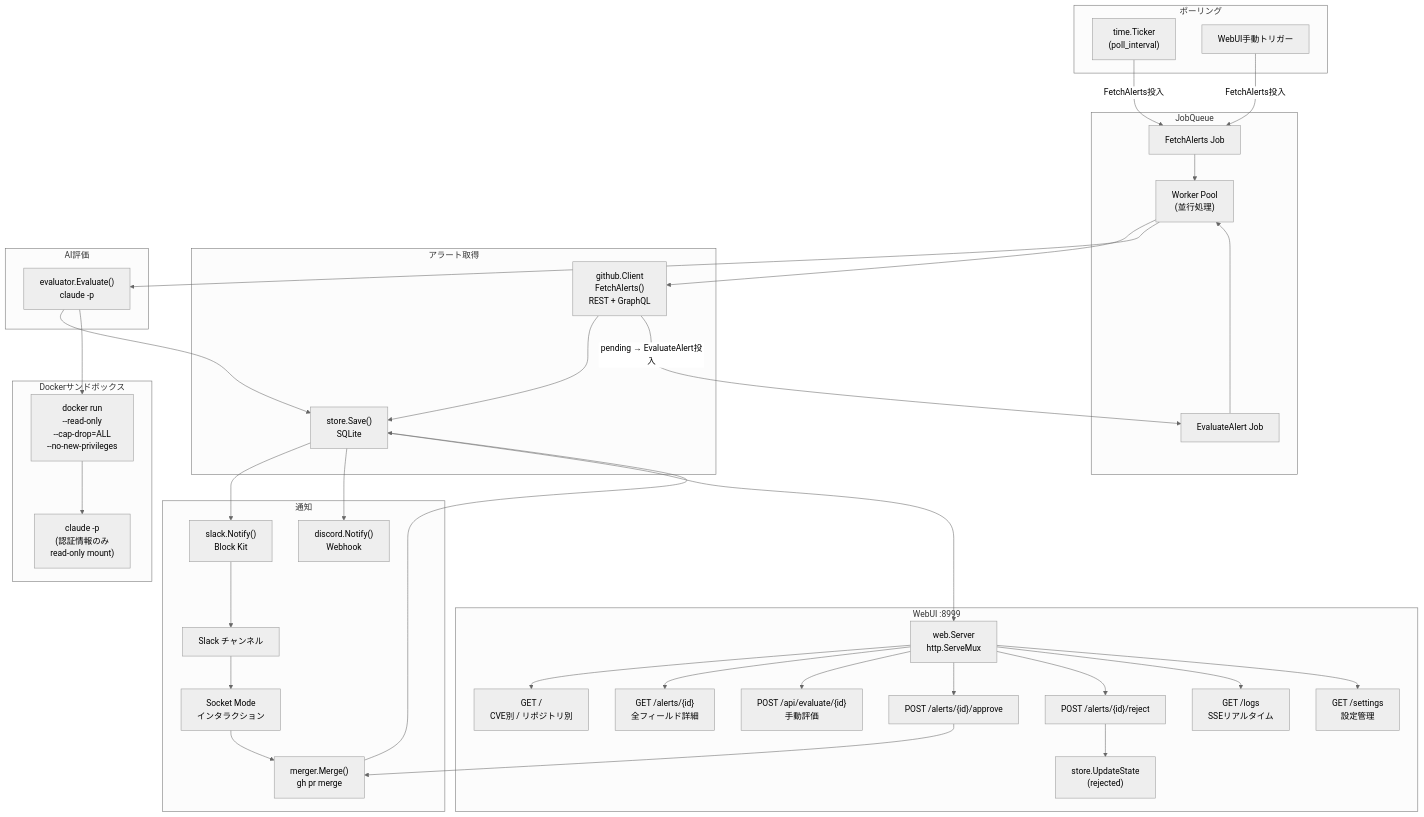
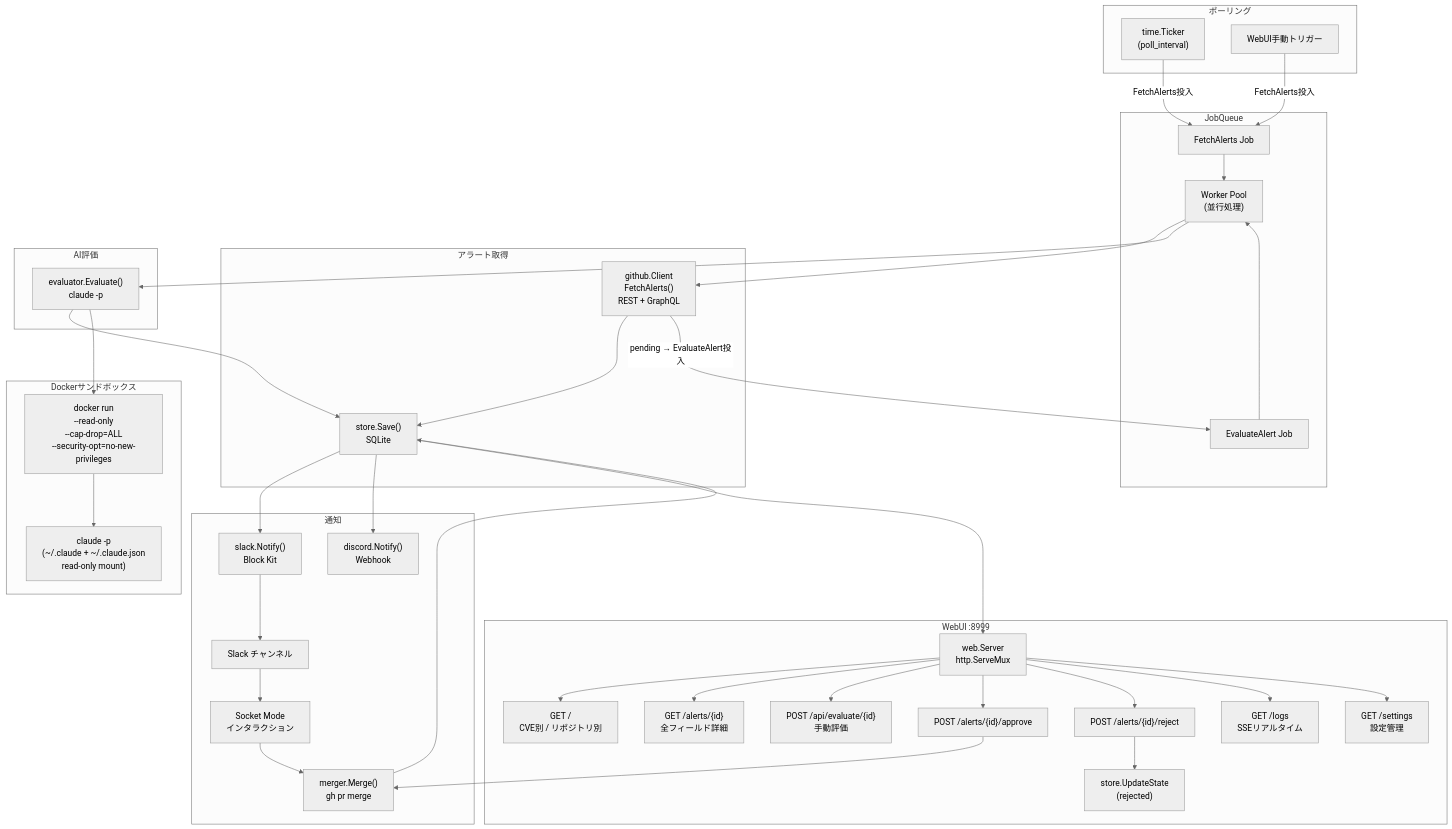
The second of 5 diagrams in README.md (g-kari/dependabot-alert-notice), drawn with Mermaid (neutral theme) before and after one commit. The commit also changed other lines of this file, not shown here.

````diff
--- a/README.md
+++ b/README.md
@@ -58,56 +58,56 @@
 ```mermaid
 graph TB
     subgraph JobQueue
         FetchJob["FetchAlerts Job"]
         EvalJob["EvaluateAlert Job"]
         Workers["Worker Pool\n(並行処理)"]
         FetchJob --> Workers
         EvalJob --> Workers
     end
 
     subgraph ポーリング
         Ticker["time.Ticker\n(poll_interval)"]
         Ticker -->|"FetchAlerts投入"| FetchJob
         ManualTrigger["WebUI手動トリガー"] -->|"FetchAlerts投入"| FetchJob
     end
 
     subgraph アラート取得
         Workers --> FetchAlerts["github.Client\nFetchAlerts()\nREST + GraphQL"]
         FetchAlerts --> Store["store.Save()\nSQLite"]
         FetchAlerts -->|"pending → EvaluateAlert投入"| EvalJob
     end
 
     subgraph AI評価
         Workers --> Evaluator["evaluator.Evaluate()\nclaude -p"]
         Evaluator --> Store
     end
 
     subgraph 通知
         Store --> NotifySlack["slack.Notify()\nBlock Kit"]
         Store --> NotifyDiscord["discord.Notify()\nWebhook"]
         NotifySlack --> SlackChannel["Slack チャンネル"]
         SlackChannel --> SocketMode["Socket Mode\nインタラクション"]
         SocketMode --> Merger["merger.Merge()\ngh pr merge"]
     end
 
     subgraph WebUI :8999
         Web["web.Server\nhttp.ServeMux"]
         Web --> Dashboard["GET /\nCVE別 / リポジトリ別"]
         Web --> Detail["GET /alerts/{id}\n全フィールド詳細"]
         Web --> Evaluate["POST /api/evaluate/{id}\n手動評価"]
         Web --> Approve["POST /alerts/{id}/approve"]
         Web --> Reject["POST /alerts/{id}/reject"]
         Web --> Logs["GET /logs\nSSEリアルタイム"]
         Web --> Settings["GET /settings\n設定管理"]
         Approve --> Merger
         Reject --> StoreReject["store.UpdateState\n(rejected)"]
     end
 
     subgraph Dockerサンドボックス
-        Evaluator --> DockerRun["docker run\n--read-only\n--cap-drop=ALL\n--no-new-privileges"]
-        DockerRun --> ClaudeCLI["claude -p\n(認証情報のみ\nread-only mount)"]
+        Evaluator --> DockerRun["docker run\n--read-only\n--cap-drop=ALL\n--security-opt=no-new-privileges"]
+        DockerRun --> ClaudeCLI["claude -p\n(~/.claude + ~/.claude.json\nread-only mount)"]
     end
 
     Store --> Web
     Merger --> Store
 ```
````
